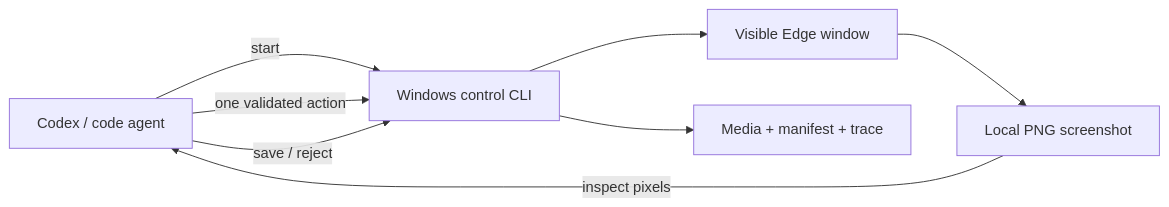
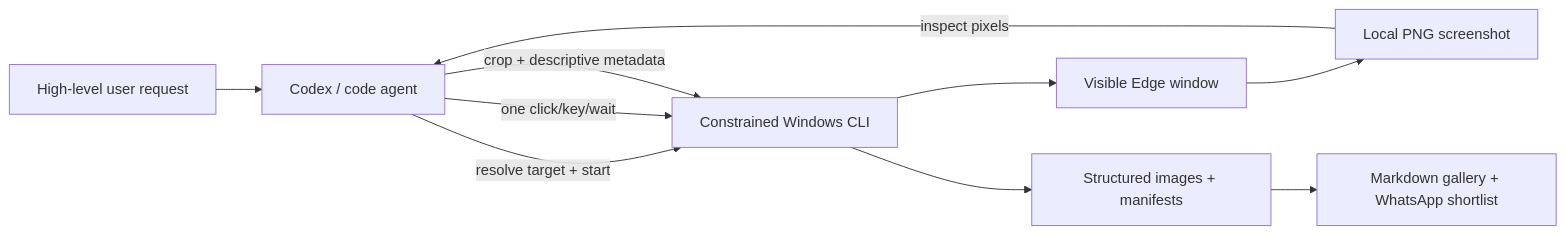
Before and after one commit to arturhc/windows-visual-scraper: the diagram in README.md, drawn with Mermaid. The commit also changed other lines of this file and 13 other files, not shown here.

````diff
--- a/README.md
+++ b/README.md
@@ -16,10 +25,12 @@
 ```mermaid
 flowchart LR
-    A[Codex / code agent] -->|start| B[Windows control CLI]
+    U[High-level user request] --> A[Codex / code agent]
+    A -->|resolve target + start| B[Constrained Windows CLI]
     B --> C[Visible Edge window]
     C --> D[Local PNG screenshot]
     D -->|inspect pixels| A
-    A -->|one validated action| B
-    A -->|save / reject| B
-    B --> E[Media + manifest + trace]
+    A -->|one click/key/wait| B
+    A -->|crop + descriptive metadata| B
+    B --> E[Structured images + manifests]
+    E --> F[Markdown gallery + WhatsApp shortlist]
 ```
````
